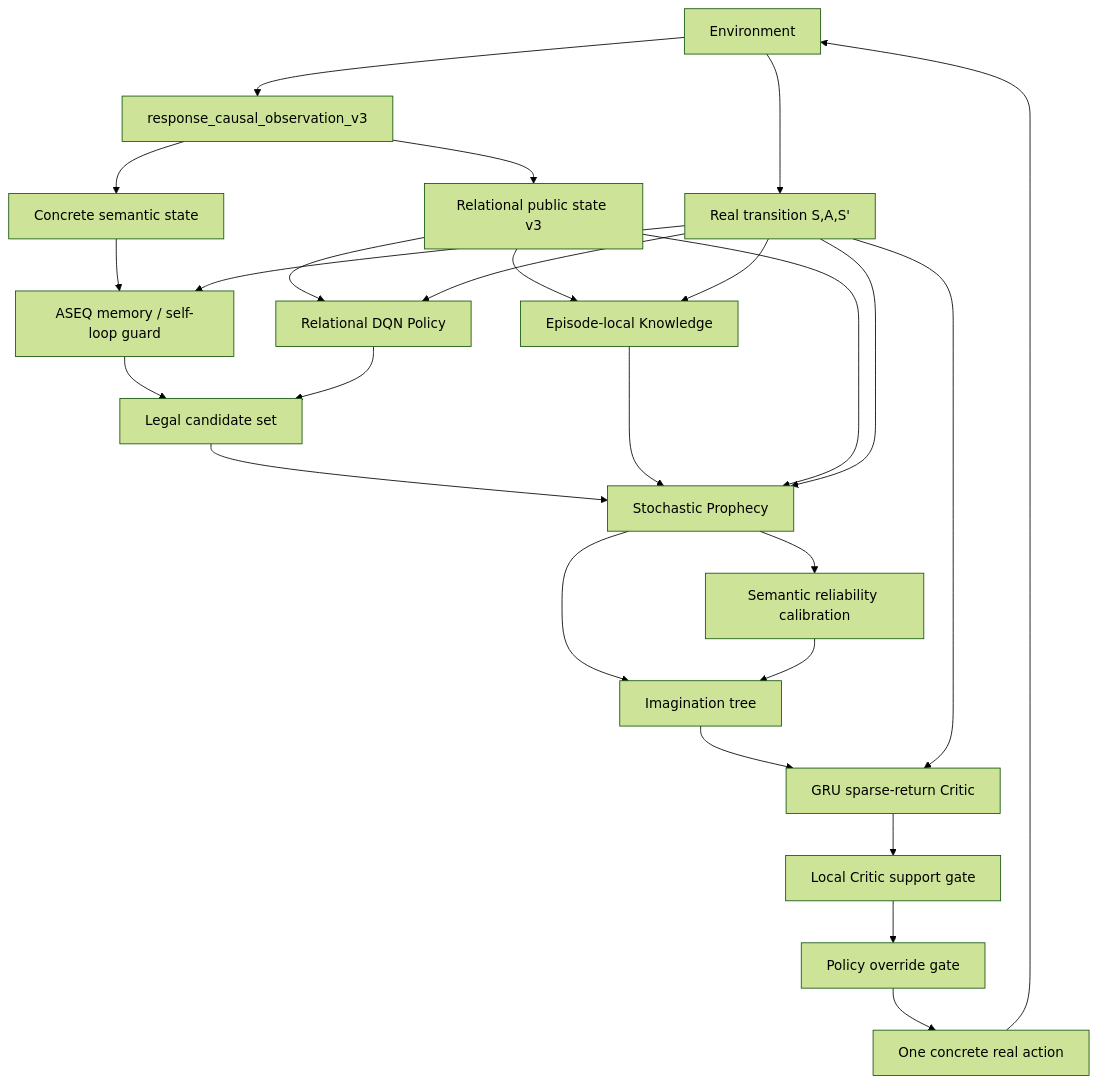
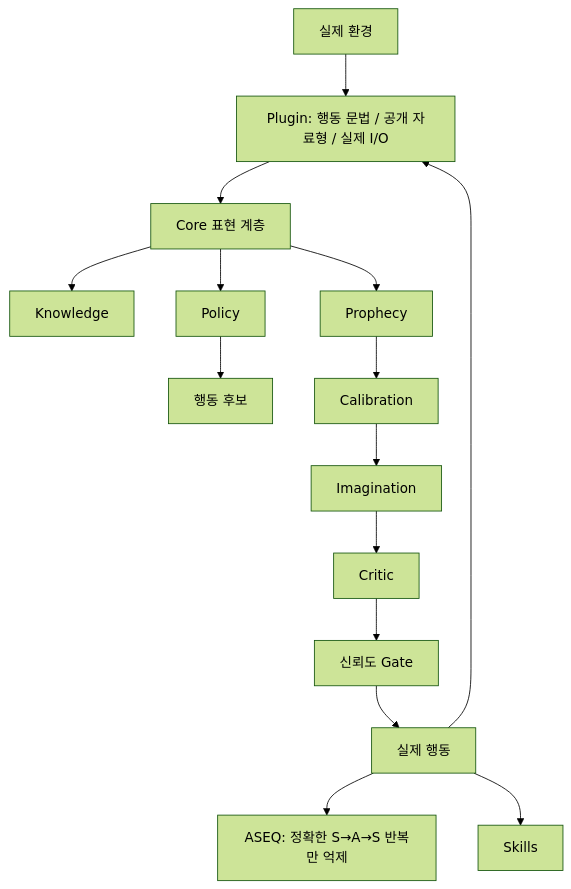
The diagram in wiki/Core-Architecture.md (aether0xff-afk/AASSR), drawn with Mermaid (forest theme) before and after one commit. The commit also changed other lines of this file, not shown here.

Commit message:
wiki: rewrite Core Architecture for minimal Plugin boundary

````diff
--- a/wiki/Core-Architecture.md
+++ b/wiki/Core-Architecture.md
@@ -38,35 +11,17 @@
 ```mermaid
 flowchart TD
-    ENV[Environment] --> OBS[response_causal_observation_v3]
-    OBS --> CS[Concrete semantic state]
-    OBS --> RS[Relational public state v3]
-
-    CS --> ASEQ[ASEQ memory / self-loop guard]
-    RS --> POL[Relational DQN Policy]
-    RS --> KNOW[Episode-local Knowledge]
-
-    ASEQ --> CAND[Legal candidate set]
-    POL --> CAND
-
-    CAND --> PROP[Stochastic Prophecy]
-    KNOW --> PROP
-    RS --> PROP
-
-    PROP --> CAL[Semantic reliability calibration]
-    PROP --> IMG[Imagination tree]
-    CAL --> IMG
-
-    IMG --> CRT[GRU sparse-return Critic]
-    CRT --> SUP[Local Critic support gate]
-    SUP --> GATE[Policy override gate]
-
-    GATE --> ACT[One concrete real action]
-    ACT --> ENV
-
-    ENV --> REAL[Real transition S,A,S']
-    REAL --> ASEQ
-    REAL --> POL
-    REAL --> PROP
-    REAL --> CRT
-    REAL --> KNOW
+    ENV[실제 환경] --> PLUG[Plugin: 행동 문법 / 공개 자료형 / 실제 I/O]
+    PLUG --> REP[Core 표현 계층]
+    REP --> KNOW[Knowledge]
+    REP --> POL[Policy]
+    REP --> PROP[Prophecy]
+    POL --> ACT[행동 후보]
+    PROP --> CAL[Calibration]
+    CAL --> IMG[Imagination]
+    IMG --> CRIT[Critic]
+    CRIT --> GATE[신뢰도 Gate]
+    GATE --> EXEC[실제 행동]
+    EXEC --> PLUG
+    EXEC --> ASEQ[ASEQ: 정확한 S→A→S 반복만 억제]
+    EXEC --> SKILL[Skills]
 ```
````
